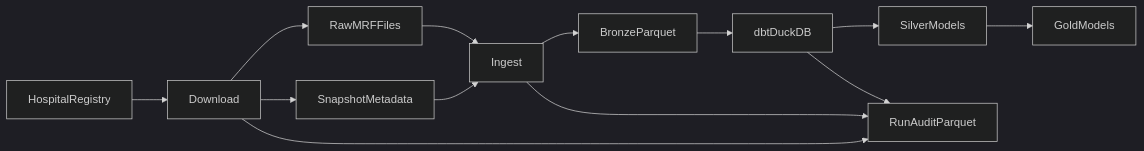
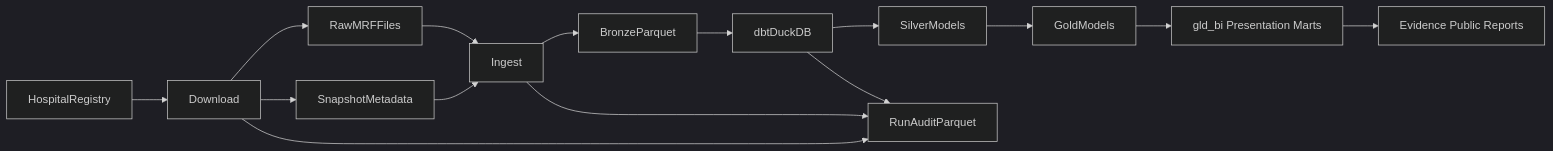
Before and after one commit to jakegussler/hospital-price-transparency-analytics: the first of 3 diagrams in docs/architecture/pipeline-overview.md, drawn with Mermaid (dark theme). The commit also changed other lines of this file and 9 other files, not shown here.

````diff
--- a/docs/architecture/pipeline-overview.md
+++ b/docs/architecture/pipeline-overview.md
@@ -6,15 +6,17 @@
 ```mermaid
 flowchart LR
   registry[HospitalRegistry] --> download[Download]
   download --> rawFiles[RawMRFFiles]
   download --> snapshotMeta[SnapshotMetadata]
   snapshotMeta --> ingest[Ingest]
   rawFiles --> ingest
   ingest --> bronze[BronzeParquet]
   bronze --> dbt[dbtDuckDB]
   dbt --> silver[SilverModels]
   download --> audit[RunAuditParquet]
   ingest --> audit
   dbt --> audit
   silver --> gold[GoldModels]
+  gold --> biMarts[gld_bi Presentation Marts]
+  biMarts --> evidence[Evidence Public Reports]
 ```
````
